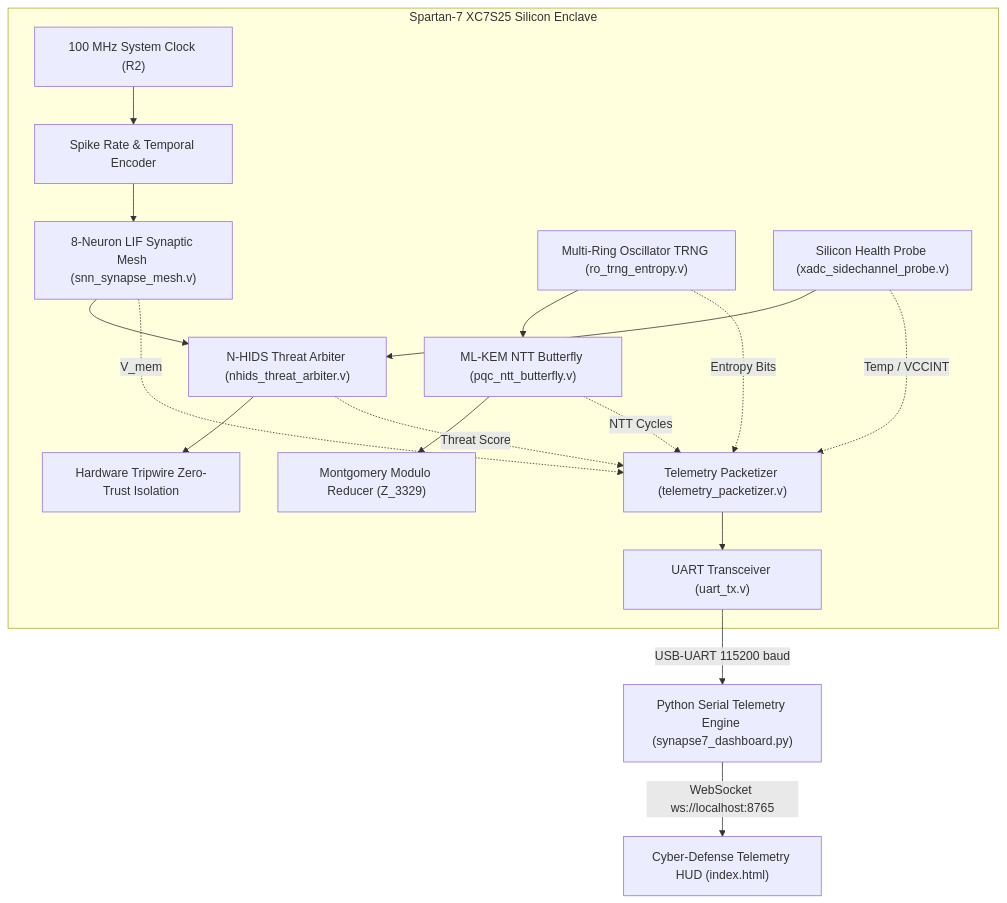
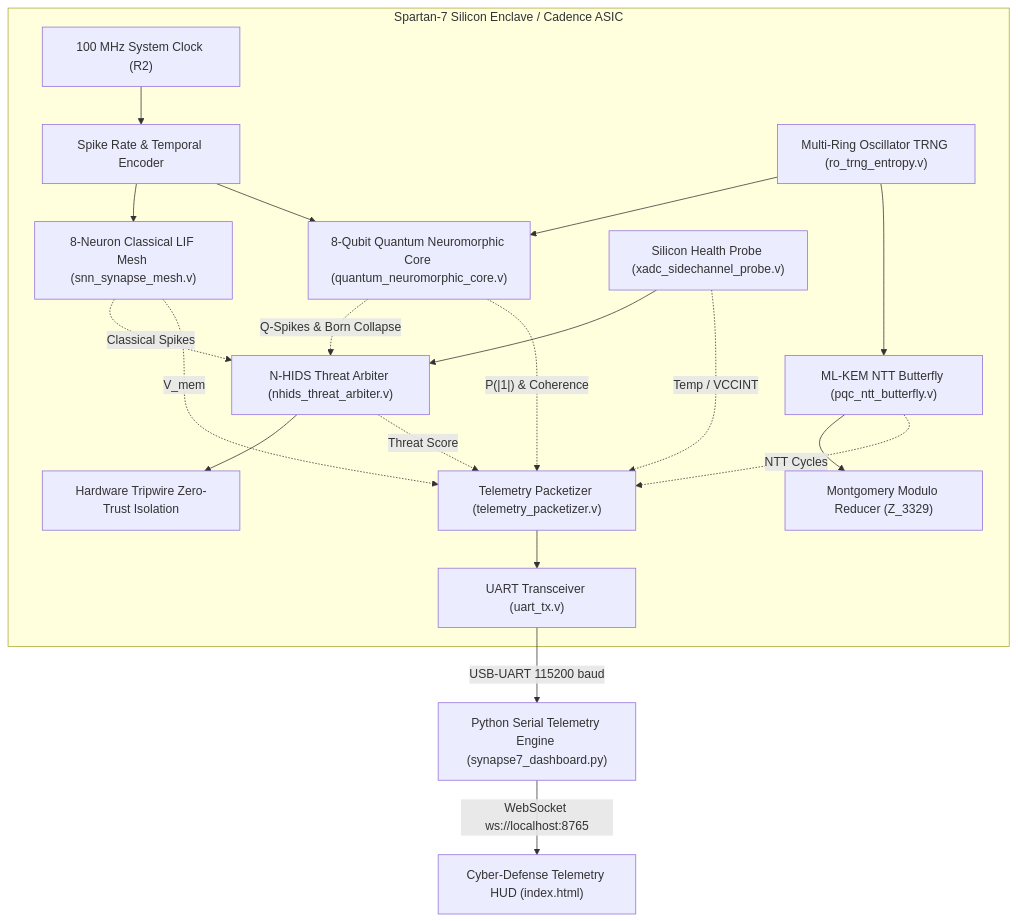
The diagram in README.md (arunjyotisarmarsece24-jpg/SYNAPSE-7), drawn with Mermaid before and after one commit. The commit also changed other lines of this file and 30 other files, not shown here.

Commit message:
feat: add Quantum Neuromorphic Engine, RV32I Computer Architecture, and Cadence ASIC toolchains

````diff
--- a/README.md
+++ b/README.md
@@ -56,25 +57,29 @@
 ```mermaid
 flowchart TD
-    subgraph S7["Spartan-7 XC7S25 Silicon Enclave"]
+    subgraph S7["Spartan-7 Silicon Enclave / Cadence ASIC"]
         CLK["100 MHz System Clock (R2)"] --> ENC["Spike Rate & Temporal Encoder"]
-        ENC --> SNN["8-Neuron LIF Synaptic Mesh (snn_synapse_mesh.v)"]
-        SNN --> ARB["N-HIDS Threat Arbiter (nhids_threat_arbiter.v)"]
+        ENC --> SNN["8-Neuron Classical LIF Mesh (snn_synapse_mesh.v)"]
+        ENC --> QNC["8-Qubit Quantum Neuromorphic Core (quantum_neuromorphic_core.v)"]
         
-        PQC["ML-KEM NTT Butterfly (pqc_ntt_butterfly.v)"] --> MONT["Montgomery Modulo Reducer (Z_3329)"]
-        TRNG["Multi-Ring Oscillator TRNG (ro_trng_entropy.v)"] --> PQC
+        TRNG["Multi-Ring Oscillator TRNG (ro_trng_entropy.v)"] --> QNC
+        TRNG --> PQC["ML-KEM NTT Butterfly (pqc_ntt_butterfly.v)"]
         
+        QNC -. Q-Spikes & Born Collapse .-> ARB["N-HIDS Threat Arbiter (nhids_threat_arbiter.v)"]
+        SNN -. Classical Spikes .-> ARB
+        
+        PQC --> MONT["Montgomery Modulo Reducer (Z_3329)"]
         XADC["Silicon Health Probe (xadc_sidechannel_probe.v)"] --> ARB
         ARB --> WIRE["Hardware Tripwire Zero-Trust Isolation"]
         
-        SNN -. V_mem .-> PKT["Telemetry Packetizer (telemetry_packetizer.v)"]
+        QNC -. P(|1|) & Coherence .-> PKT["Telemetry Packetizer (telemetry_packetizer.v)"]
+        SNN -. V_mem .-> PKT
         PQC -. NTT Cycles .-> PKT
         XADC -. Temp / VCCINT .-> PKT
         ARB -. Threat Score .-> PKT
-        TRNG -. Entropy Bits .-> PKT
         
         PKT --> UART["UART Transceiver (uart_tx.v)"]
     end
     
     UART -->|USB-UART 115200 baud| BRIDGE["Python Serial Telemetry Engine (synapse7_dashboard.py)"]
     BRIDGE -->|WebSocket ws://localhost:8765| HUD["Cyber-Defense Telemetry HUD (index.html)"]
 ```
````
